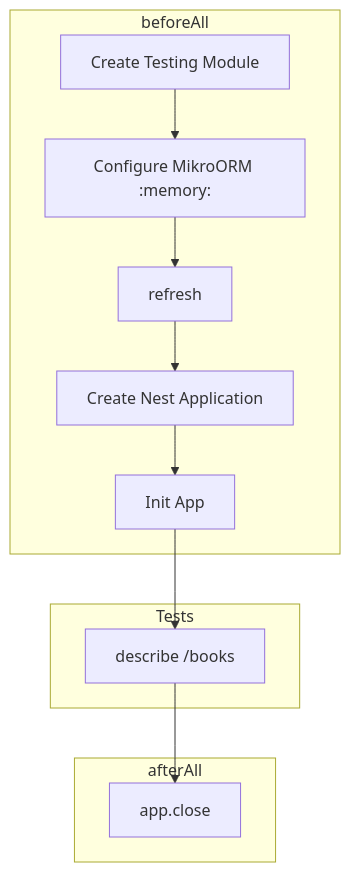
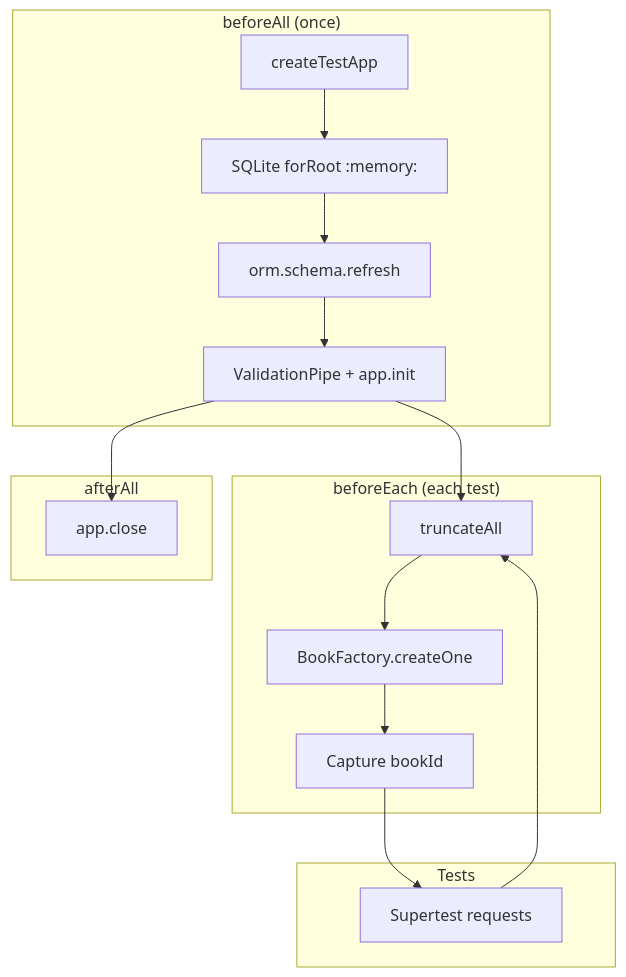
Before and after one commit to Agustin-Perezz/scaffold-nestjs: the third of 3 diagrams in docs/07_TESTING.md, drawn with Mermaid. The commit also changed other lines of this file and 3 other files, not shown here.

Commit message:
Update docs for two-layer test architecture, SQLite e2e, factories, and BaseEntity

````diff
--- a/docs/07_TESTING.md
+++ b/docs/07_TESTING.md
@@ -70,22 +151,30 @@
 ```mermaid
 graph TD
-    subgraph beforeAll
-        A1[Create Testing Module]
-        A2[Configure MikroORM :memory:]
-        A3[refresh]
-        A4[Create Nest Application]
-        A5[Init App]
+    subgraph beforeAll["beforeAll (once)"]
+        A1[createTestApp]
+        A2[SQLite forRoot :memory:]
+        A3[orm.schema.refresh]
+        A4[ValidationPipe + app.init]
+    end
+
+    subgraph beforeEach["beforeEach (each test)"]
+        B1[truncateAll]
+        B2[BookFactory.createOne]
+        B3[Capture bookId]
     end
 
     subgraph Tests
-        B1[describe /books]
+        C1[Supertest requests]
     end
 
     subgraph afterAll
-        C1[app.close]
+        D1[app.close]
     end
 
-    A1 --> A2 --> A3 --> A4 --> A5
-    A5 --> B1
-    B1 --> C1
+    A1 --> A2 --> A3 --> A4
+    A4 --> B1
+    B1 --> B2 --> B3
+    B3 --> C1
+    C1 --> B1
+    A4 --> D1
 ```
````
